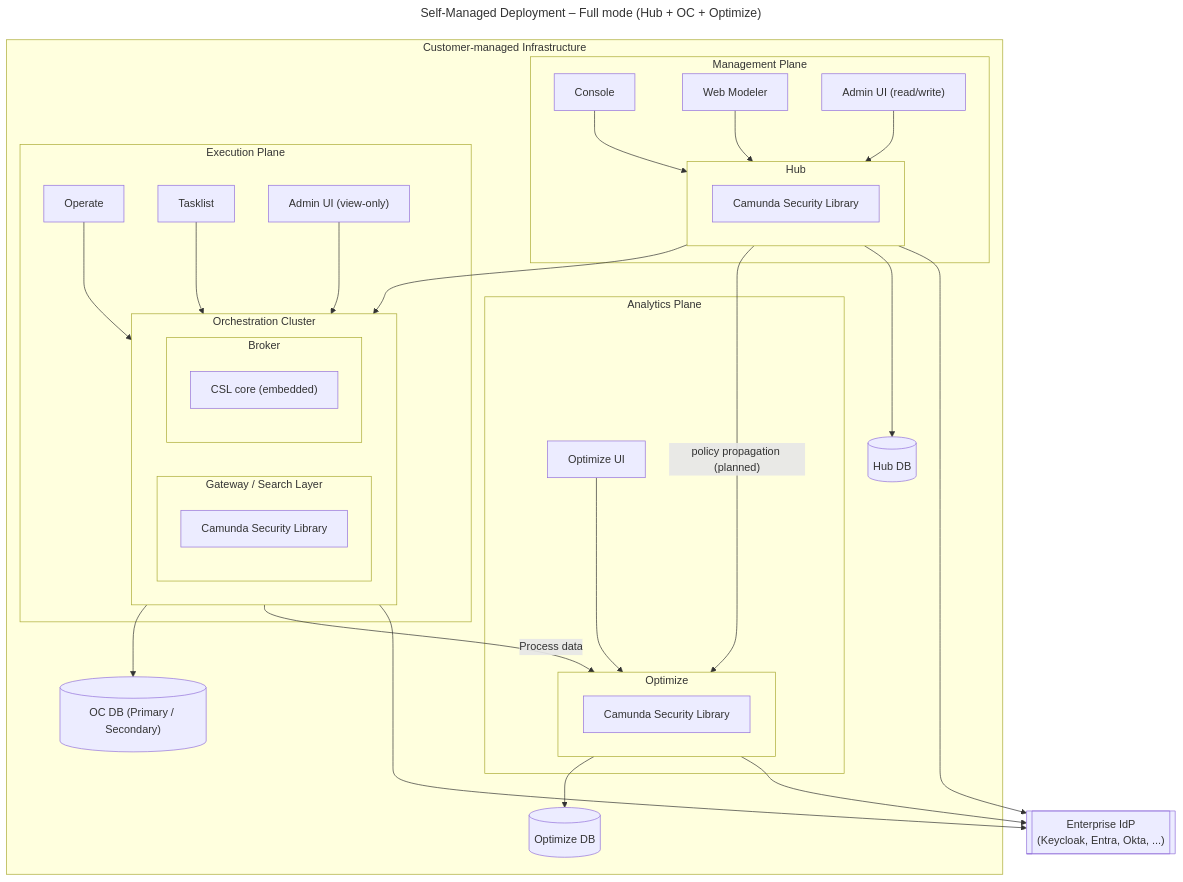
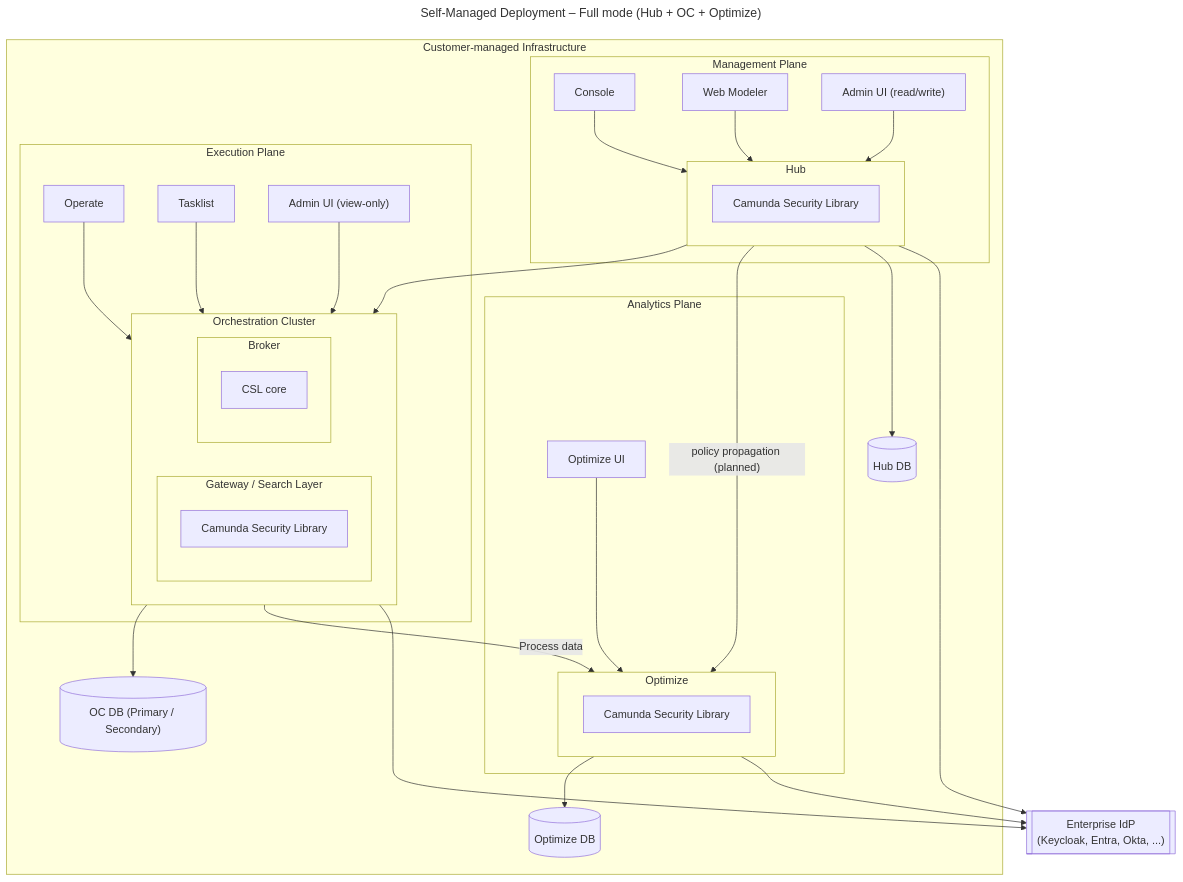
One commit to camunda/camunda-security-library changed the second of 4 diagrams in docs/architecture/07-deployment-view.md. Above: the diagram before and after it, drawn with Mermaid. The commit also changed other lines of this file and 6 other files, not shown here.

````diff
--- a/docs/architecture/07-deployment-view.md
+++ b/docs/architecture/07-deployment-view.md
@@ -61,61 +61,61 @@
 ```mermaid
 ---
 title: Self-Managed Deployment – Full mode (Hub + OC + Optimize)
 ---
 flowchart TB
   subgraph Customer["Customer-managed Infrastructure"]
     subgraph MgmtPlane["Management Plane"]
       Console["Console"]
       WebModeler["Web Modeler"]
       AdminHub["Admin UI (read/write)"]
 
       subgraph Hub["Hub"]
         SecGatHub["Camunda Security Library"]
       end
 
       Console & WebModeler & AdminHub --> Hub
     end
 
     subgraph Execution["Execution Plane"]
       Operate["Operate"]
       Tasklist["Tasklist"]
       AdminOC["Admin UI (view-only)"]
 
       subgraph OC["Orchestration Cluster"]
         subgraph GatewayLayer["Gateway / Search Layer"]
           SecGatOC["Camunda Security Library"]
         end
 
         subgraph Broker1["Broker"]
-          CslCore1["CSL core (embedded)"]
+          CslCore1["CSL core"]
         end
       end
 
       Operate & Tasklist & AdminOC --> OC
     end
 
     subgraph Analytics["Analytics Plane"]
       OptimizeUI["Optimize UI"]
 
       subgraph OptimizeApp["Optimize"]
         SecGatOpt["Camunda Security Library"]
       end
 
       OptimizeUI --> OptimizeApp
     end
 
     HubDB[("Hub DB")]
     OCDB[("OC DB (Primary / Secondary)")]
     OptDB[("Optimize DB")]
 
     Hub --> OC
     Hub -->|"policy propagation (planned)"| OptimizeApp
     Hub --> HubDB
     OC --> OCDB
     OptimizeApp --> OptDB
     OC -->|"Process data"| OptimizeApp
   end
 
   EnterpriseIdP[["Enterprise IdP</br>(Keycloak, Entra, Okta, ...)"]]
   Hub & OC & OptimizeApp --> EnterpriseIdP
 ```
````
